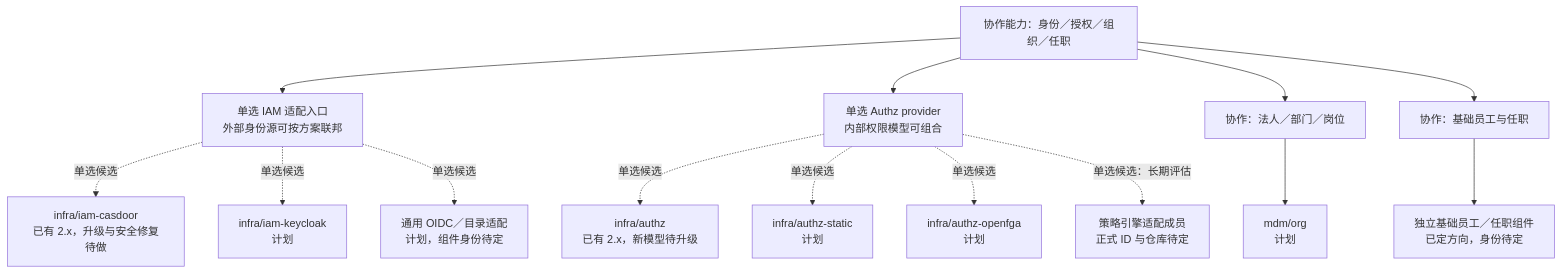
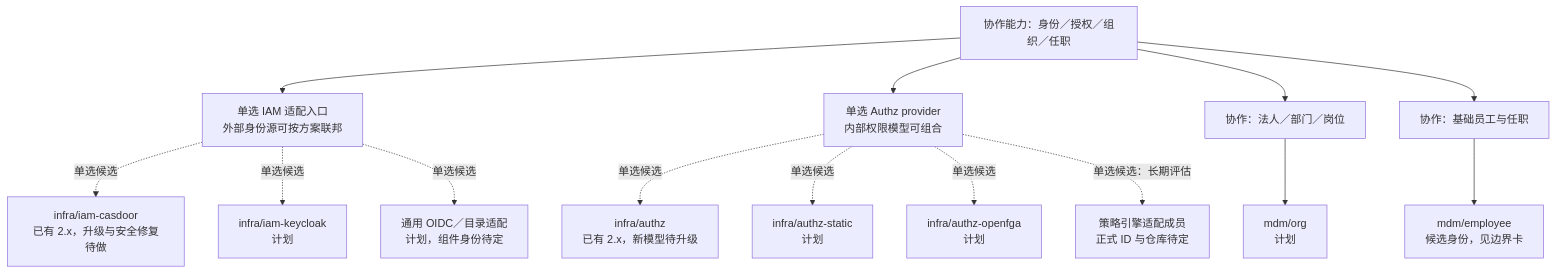
One commit to brickKit/be-assembly-standard changed the first of 3 diagrams in tempDocs/components/selection-map.md. Above: the diagram before and after it, drawn with Mermaid. The commit also changed 25 other files, not shown here.

````diff
--- a/tempDocs/components/selection-map.md
+++ b/tempDocs/components/selection-map.md
@@ -34,16 +34,16 @@
 ```mermaid
 flowchart TB
     U[协作能力：身份／授权／组织／任职] --> I[单选 IAM 适配入口<br/>外部身份源可按方案联邦]
     U --> A[单选 Authz provider<br/>内部权限模型可组合]
     U --> O[协作：法人／部门／岗位]
     U --> E[协作：基础员工与任职]
     I -. 单选候选 .-> C[infra/iam-casdoor<br/>已有 2.x，升级与安全修复待做]
     I -. 单选候选 .-> K[infra/iam-keycloak<br/>计划]
     I -. 单选候选 .-> X[通用 OIDC／目录适配<br/>计划，组件身份待定]
     A -. 单选候选 .-> L[infra/authz<br/>已有 2.x，新模型待升级]
     A -. 单选候选 .-> S[infra/authz-static<br/>计划]
     A -. 单选候选 .-> G[infra/authz-openfga<br/>计划]
     A -. 单选候选：长期评估 .-> AP[策略引擎适配成员<br/>正式 ID 与仓库待定]
     O --> ORG[mdm/org<br/>计划]
-    E --> EMP[独立基础员工／任职组件<br/>已定方向，身份待定]
+    E --> EMP[mdm/employee<br/>候选身份，见边界卡]
 ```
````
